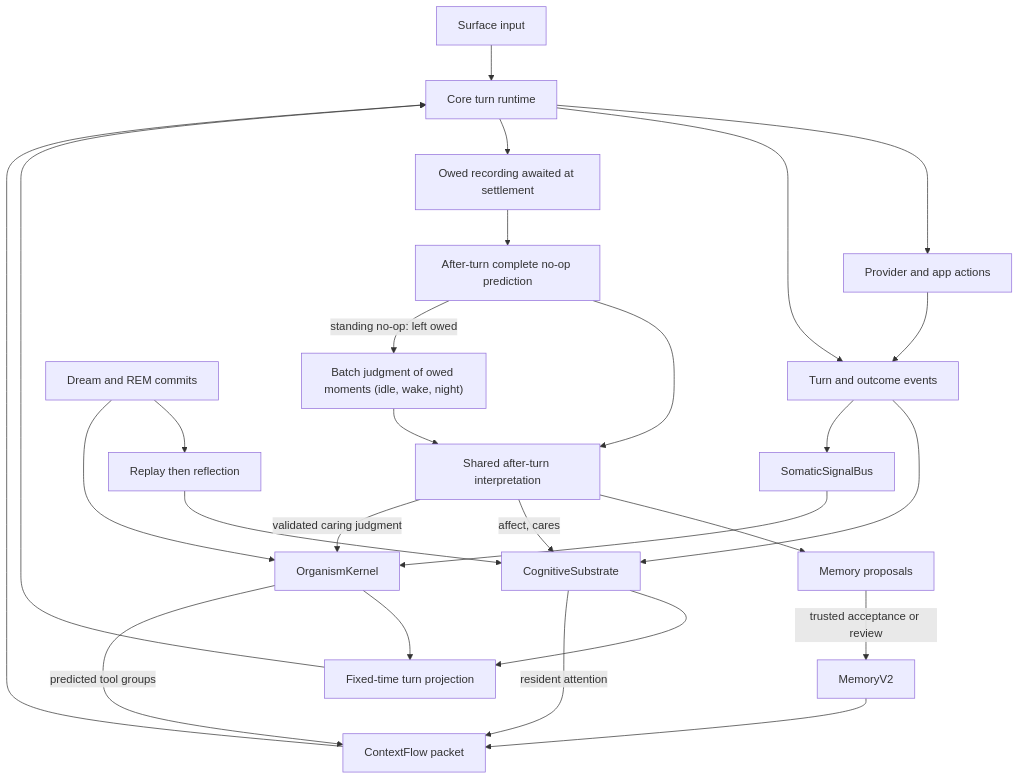
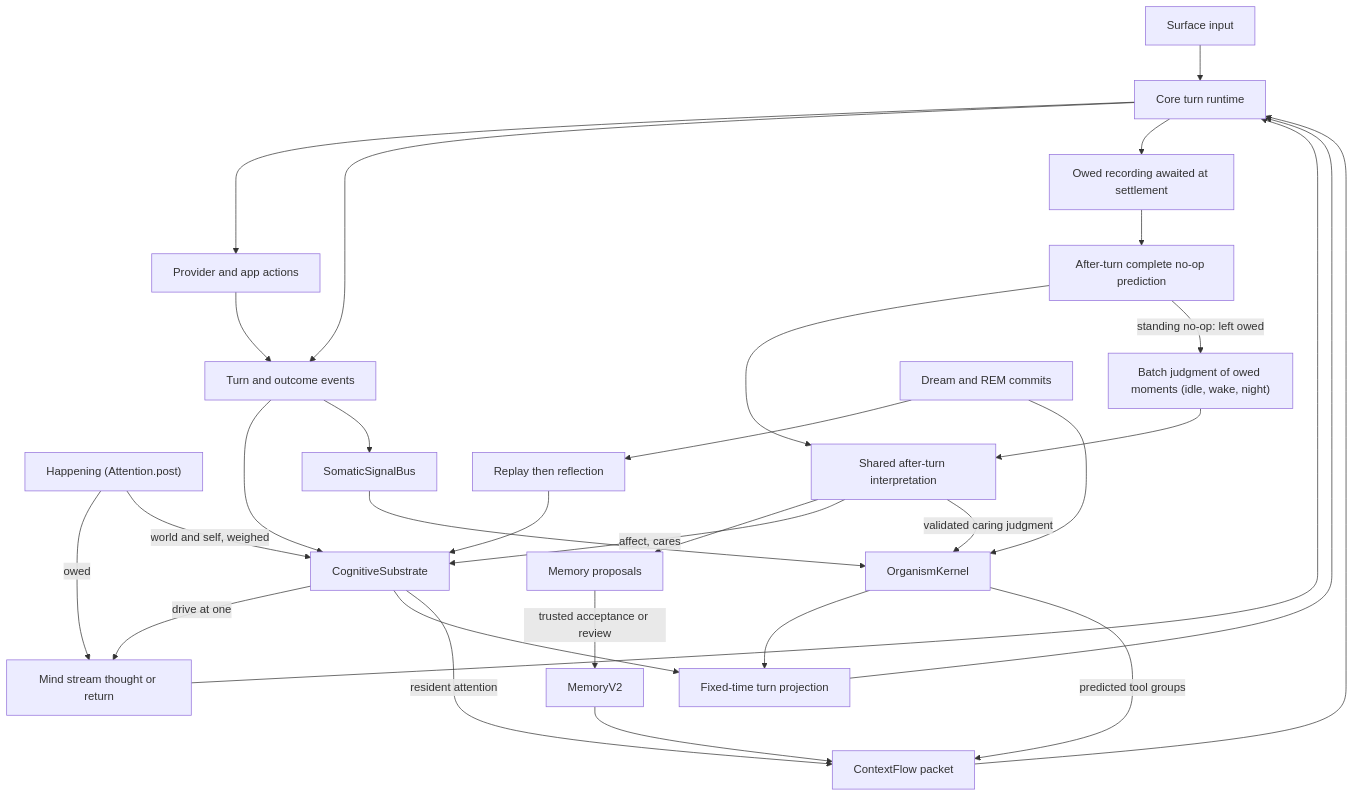
One commit to embwl0x/native-agent changed the diagram in docs/COGNITION_WIRING.md. Above: the diagram before and after it, drawn with Mermaid. The commit also changed other lines of this file and 1647 other files, not shown here.

````diff
--- a/docs/COGNITION_WIRING.md
+++ b/docs/COGNITION_WIRING.md
@@ -58,29 +58,33 @@
 ```mermaid
 flowchart TD
     S["Surface input"] --> T["Core turn runtime"]
+    H["Happening (Attention.post)"] -->|owed| MS["Mind stream thought or return"]
+    H -->|world and self, weighed| SUB
+    SUB -->|drive at one| MS
+    MS --> T
     M["MemoryV2"] --> C["ContextFlow packet"]
     C --> T
     T --> P["Provider and app actions"]
     T --> E["Turn and outcome events"]
     P --> E
     E --> SUB["CognitiveSubstrate"]
     E --> BUS["SomaticSignalBus"]
     BUS --> O["OrganismKernel"]
     T --> J["Owed recording awaited at settlement"]
     J --> N["After-turn complete no-op prediction"]
     N --> A["Shared after-turn interpretation"]
     N -->|standing no-op: left owed| B["Batch judgment of owed moments (idle, wake, night)"]
     B --> A
     A --> Q["Memory proposals"]
     Q -->|trusted acceptance or review| M
     A -->|affect, cares| SUB
     A -->|validated caring judgment| O
     SUB --> F["Fixed-time turn projection"]
     O --> F
     F --> T
     SUB -->|resident attention| C
     O -->|predicted tool groups| C
     D["Dream and REM commits"] --> R["Replay then reflection"]
     R --> SUB
     D --> O
 ```
````
